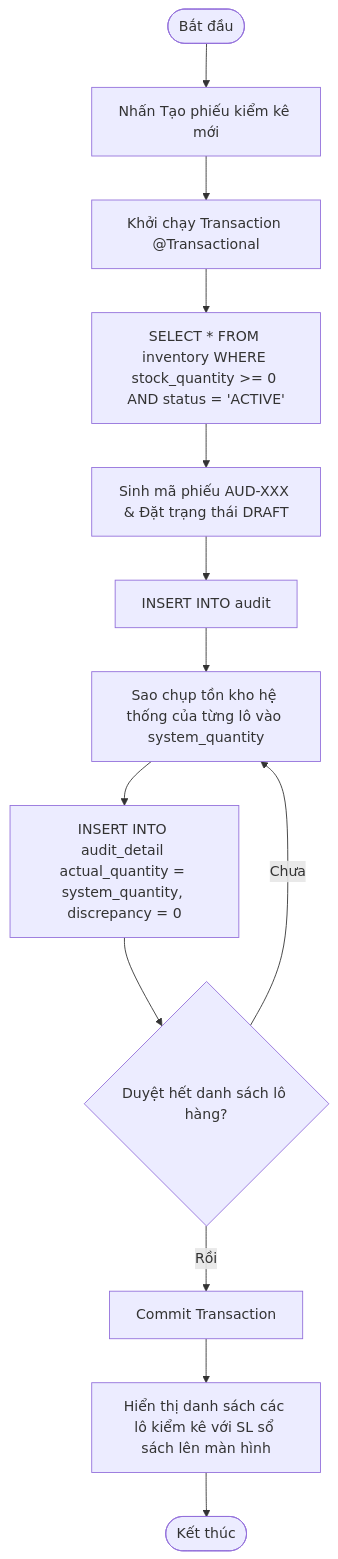
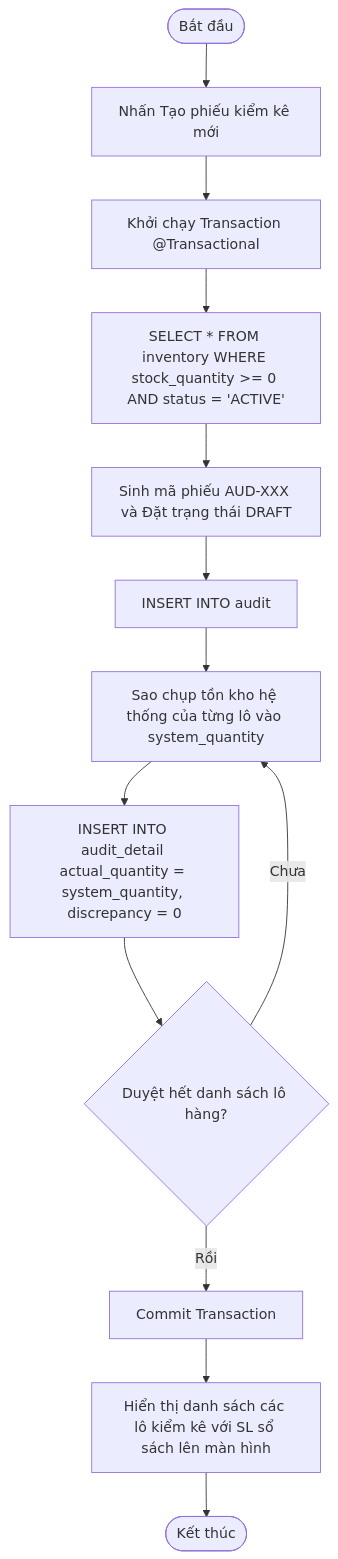
Before and after one commit to ngocuyenle15/PIS-CNPM: diagram 28 of 32 in a.md, drawn with Mermaid. The commit also changed other lines of this file, not shown here.

````diff
--- a/a.md
+++ b/a.md
@@ -405,14 +405,14 @@
 ```mermaid
 flowchart TD
     Start([Bắt đầu]) --> ClickCreate[Nhấn Tạo phiếu kiểm kê mới]
     ClickCreate --> StartTrans[Khởi chạy Transaction @Transactional]
     StartTrans --> LoadActive[SELECT * FROM inventory WHERE stock_quantity >= 0 AND status = 'ACTIVE']
-    LoadActive --> GenCode[Sinh mã phiếu AUD-XXX & Đặt trạng thái DRAFT]
+    LoadActive --> GenCode[Sinh mã phiếu AUD-XXX và Đặt trạng thái DRAFT]
     GenCode --> InsertAudit[INSERT INTO audit]
     InsertAudit --> LoopItems[Sao chụp tồn kho hệ thống của từng lô vào system_quantity]
     LoopItems --> InsertDetails[INSERT INTO audit_detail actual_quantity = system_quantity, discrepancy = 0]
     InsertDetails --> LoopNext{Duyệt hết danh sách lô hàng?}
     LoopNext -- Chưa --> LoopItems
     LoopNext -- Rồi --> CommitTrans[Commit Transaction]
     CommitTrans --> RenderUI[Hiển thị danh sách các lô kiểm kê với SL sổ sách lên màn hình] --> End([Kết thúc])
 ```
````
